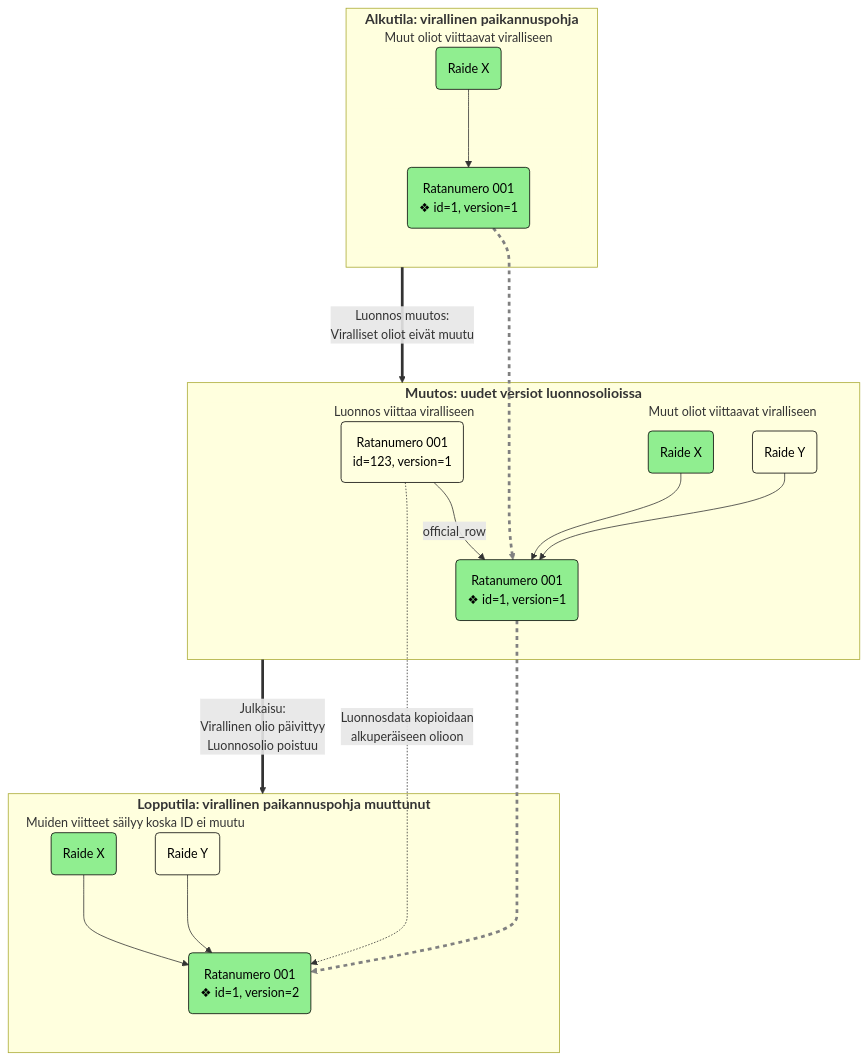
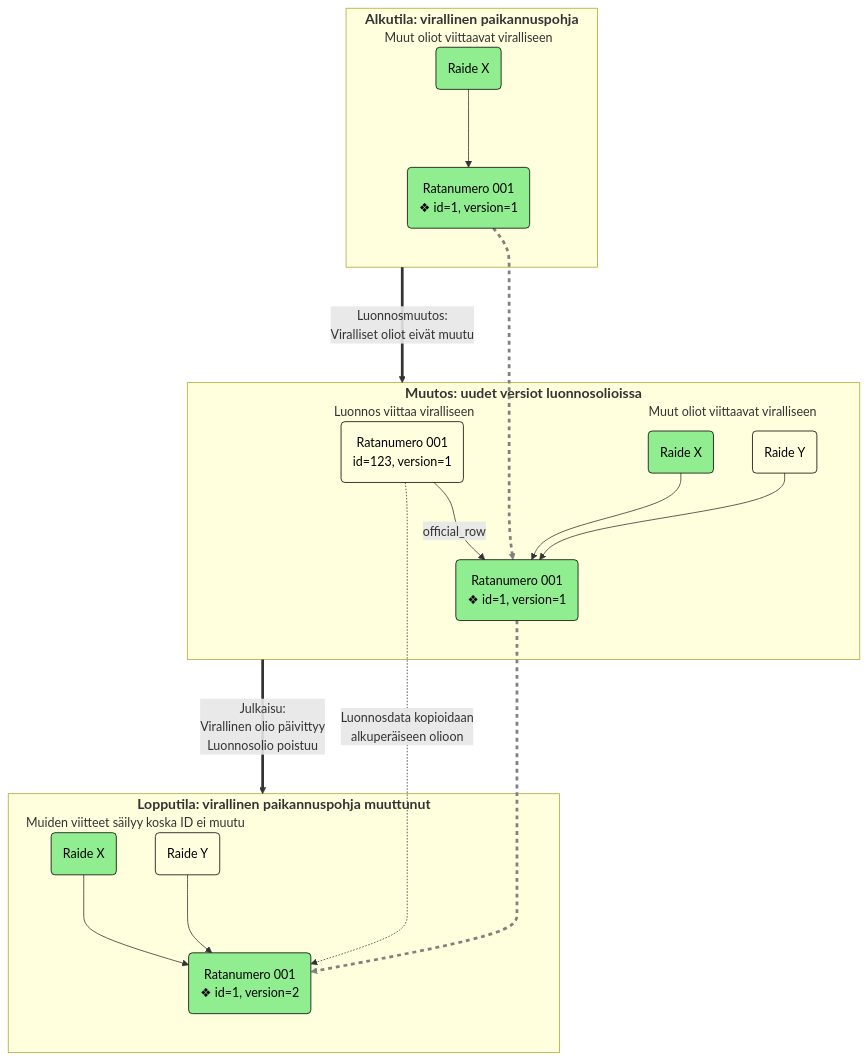
One commit to finnishtransportagency/geoviite changed the third of 5 diagrams in doc/paikannuspohjan_kontekstit.md. Above: the diagram before and after it, drawn with Mermaid. The commit also changed other lines of this file, not shown here.

````diff
--- a/doc/paikannuspohjan_kontekstit.md
+++ b/doc/paikannuspohjan_kontekstit.md
@@ -188,48 +188,48 @@
 ```mermaid
 graph TD
     subgraph startState [Alkutila: virallinen paikannuspohja]
         subgraph startTracks [Muut oliot viittaavat viralliseen]
             track1InStart(Raide X)
         end
         subgraph startTrackNumber [&nbsp]
             officialTnInStart("Ratanumero 001\n❖ id=1, version=1")
         end
         track1InStart --> officialTnInStart
     end
     subgraph draftState [Muutos: uudet versiot luonnosolioissa]
         subgraph draftTracks [Muut oliot viittaavat viralliseen]
             track1InDraft(Raide X)
             track2InDraft(Raide Y)
         end
         subgraph draftTrackNumber [Luonnos viittaa viralliseen]
             draftTnInDraft(Ratanumero 001\nid=123, version=1)
             officialTnInDraft("Ratanumero 001\n❖ id=1, version=1")
         end
         track1InDraft --> officialTnInDraft
         track2InDraft --> officialTnInDraft
         draftTnInDraft -- official_row --> officialTnInDraft
     end
     subgraph endState [Lopputila: virallinen paikannuspohja muuttunut]
         subgraph endTracks [Muiden viitteet säilyy koska ID ei muutu]
             track1InEnd(Raide X)
             track2InEnd(Raide Y)
         end
         subgraph endTrackNumber [&nbsp]
             officialTnInEnd("Ratanumero 001\n❖ id=1, version=2")
         end
         track1InEnd --> officialTnInEnd
         track2InEnd --> officialTnInEnd
     end
-    startState == Luonnos muutos:\nViralliset oliot eivät muutu ==> draftState == Julkaisu:\nVirallinen olio päivittyy\nLuonnosolio poistuu ==> endState
+    startState == Luonnosmuutos:\nViralliset oliot eivät muutu ==> draftState == Julkaisu:\nVirallinen olio päivittyy\nLuonnosolio poistuu ==> endState
     officialTnInStart ====> officialTnInDraft ====> officialTnInEnd
     draftTnInDraft -. Luonnosdata kopioidaan\nalkuperäiseen olioon .-> officialTnInEnd
     classDef draftObject fill: lightyellow, stroke: black, color: black;
     classDef officialObject fill: lightgreen, stroke: black, color: black;
     class draftTnInDraft,track2InDraft,track2InEnd draftObject
     class officialTnInStart,officialTnInDraft,officialTnInEnd,track1InStart,track1InDraft,track1InEnd officialObject
     linkStyle 8,9 stroke: grey, stroke-dasharray: 5 5
     classDef phaseCategory font-size: 18px, font-weight: bold
     class startState,draftState,endState phaseCategory
     classDef objectCategory stroke: transparent
     class startTracks,draftTracks,endTracks,startTrackNumber,draftTrackNumber,endTrackNumber objectCategory
 ```
````
